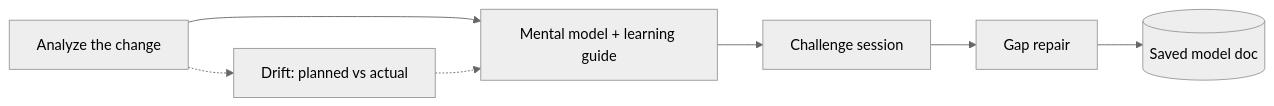
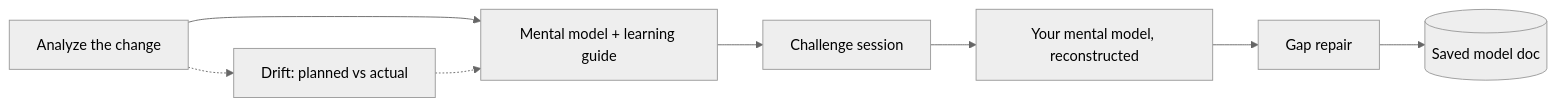
One commit to devTabasco/brainload changed the diagram in README.md. Above: the diagram before and after it, drawn with Mermaid (neutral theme). The commit also changed other lines of this file and 5 other files, not shown here.

First line of the commit message:
Add mental-model reconstruction to Phase 4 (v0.1.1)

````diff
--- a/README.md
+++ b/README.md
@@ -44,9 +44,10 @@
 ```mermaid
 flowchart LR
     A[Analyze the change] --> D[Mental model + learning guide]
     A -.-> B[Drift: planned vs actual]
     B -.-> D
     D --> C[Challenge session]
-    C --> R[Gap repair]
+    C --> Y[Your mental model, reconstructed]
+    Y --> R[Gap repair]
     R --> M[(Saved model doc)]
 ```
````
